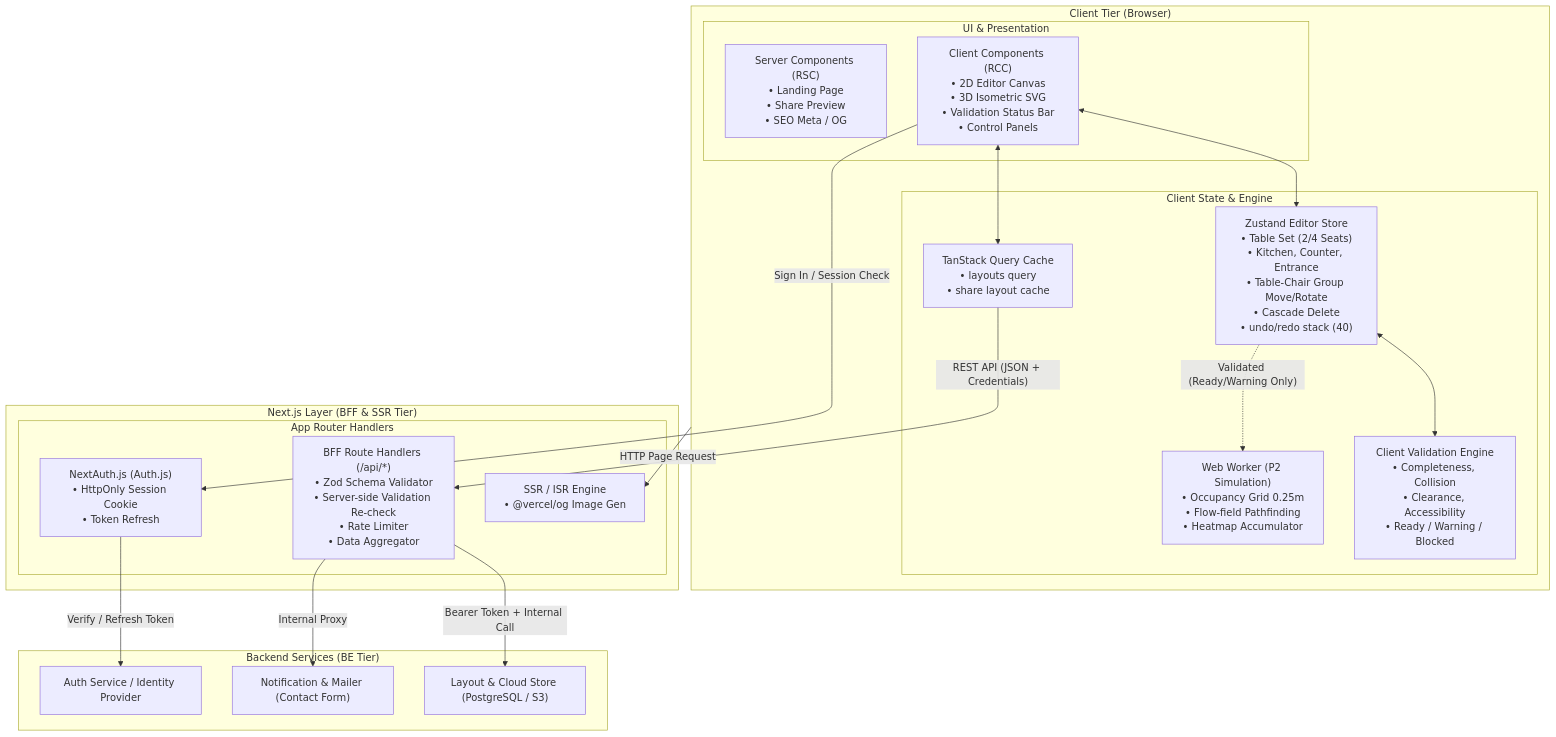
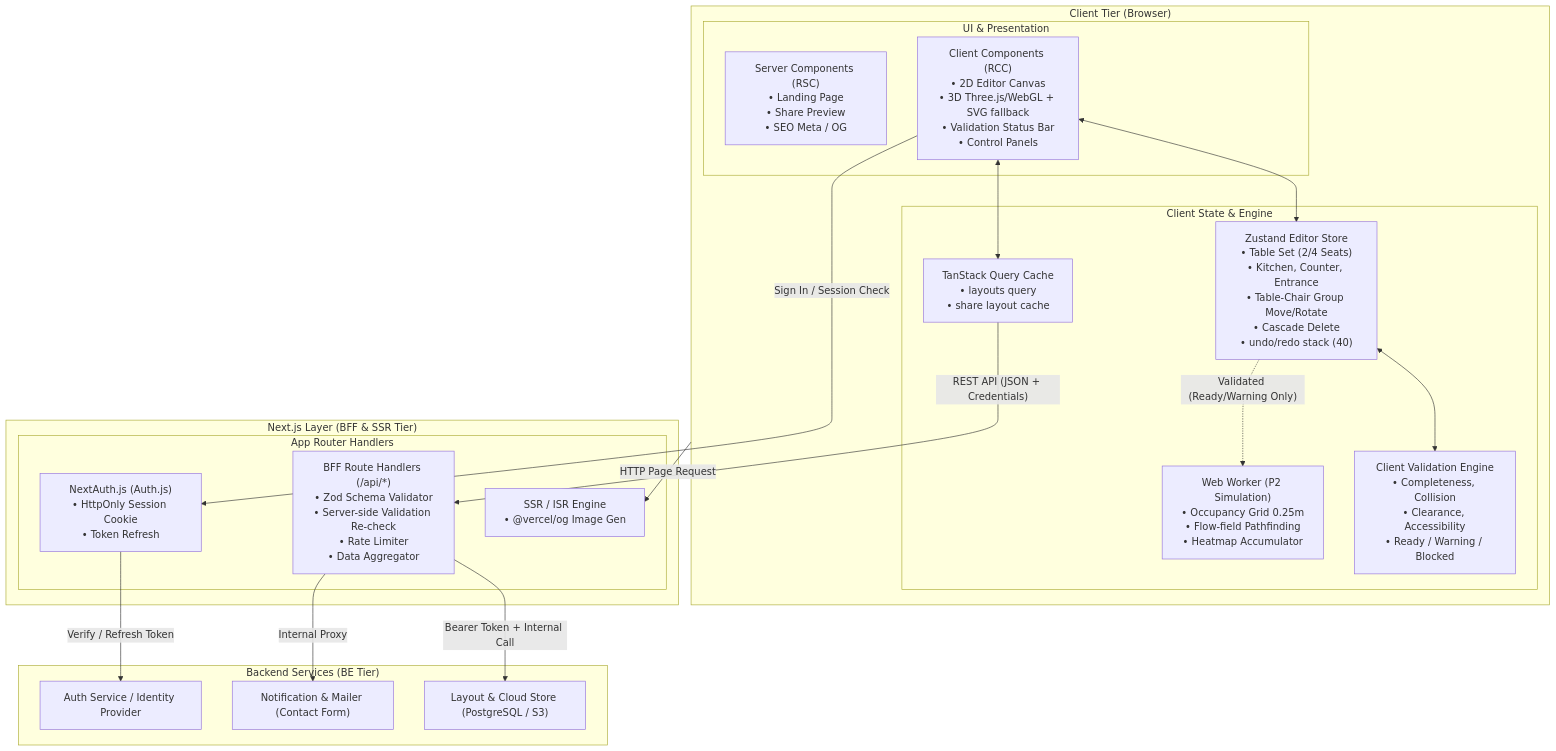
The first of 2 diagrams in architecture.md (bosskantaponguttarawichien-boop/wang-raan), drawn with Mermaid before and after one commit. The commit also changed other lines of this file and 51 other files, not shown here.

````diff
--- a/architecture.md
+++ b/architecture.md
@@ -40,43 +42,43 @@
 ```mermaid
 flowchart TB
     subgraph Browser ["Client Tier (Browser)"]
         subgraph UIComponents ["UI & Presentation"]
             RSC["Server Components (RSC)\n• Landing Page\n• Share Preview\n• SEO Meta / OG"]
-            RCC["Client Components (RCC)\n• 2D Editor Canvas\n• 3D Isometric SVG\n• Validation Status Bar\n• Control Panels"]
+            RCC["Client Components (RCC)\n• 2D Editor Canvas\n• 3D Three.js/WebGL + SVG fallback\n• Validation Status Bar\n• Control Panels"]
         end
 
         subgraph ClientState ["Client State & Engine"]
             Store["Zustand Editor Store\n• Table Set (2/4 Seats)\n• Kitchen, Counter, Entrance\n• Table-Chair Group Move/Rotate\n• Cascade Delete\n• undo/redo stack (40)"]
             ClientVal["Client Validation Engine\n• Completeness, Collision\n• Clearance, Accessibility\n• Ready / Warning / Blocked"]
             TQ["TanStack Query Cache\n• layouts query\n• share layout cache"]
             Worker["Web Worker (P2 Simulation)\n• Occupancy Grid 0.25m\n• Flow-field Pathfinding\n• Heatmap Accumulator"]
         end
 
         RCC <--> Store
         Store <--> ClientVal
         RCC <--> TQ
         Store -. "Validated (Ready/Warning Only)" .-> Worker
     end
 
     subgraph NextServer ["Next.js Layer (BFF & SSR Tier)"]
         subgraph AppRouter ["App Router Handlers"]
             PageRenderer["SSR / ISR Engine\n• @vercel/og Image Gen"]
             AuthHandler["NextAuth.js (Auth.js)\n• HttpOnly Session Cookie\n• Token Refresh"]
             RouteHandlers["BFF Route Handlers (/api/*)\n• Zod Schema Validator\n• Server-side Validation Re-check\n• Rate Limiter\n• Data Aggregator"]
         end
     end
 
     subgraph BackendServices ["Backend Services (BE Tier)"]
         BE_Auth["Auth Service / Identity Provider"]
         BE_Layout["Layout & Cloud Store (PostgreSQL / S3)"]
         BE_Notify["Notification & Mailer (Contact Form)"]
     end
 
     %% Flow connections
     Browser -- "HTTP Page Request" --> PageRenderer
     TQ -- "REST API (JSON + Credentials)" --> RouteHandlers
     RCC -- "Sign In / Session Check" --> AuthHandler
     AuthHandler -- "Verify / Refresh Token" --> BE_Auth
     RouteHandlers -- "Bearer Token + Internal Call" --> BE_Layout
     RouteHandlers -- "Internal Proxy" --> BE_Notify
 ```
````
